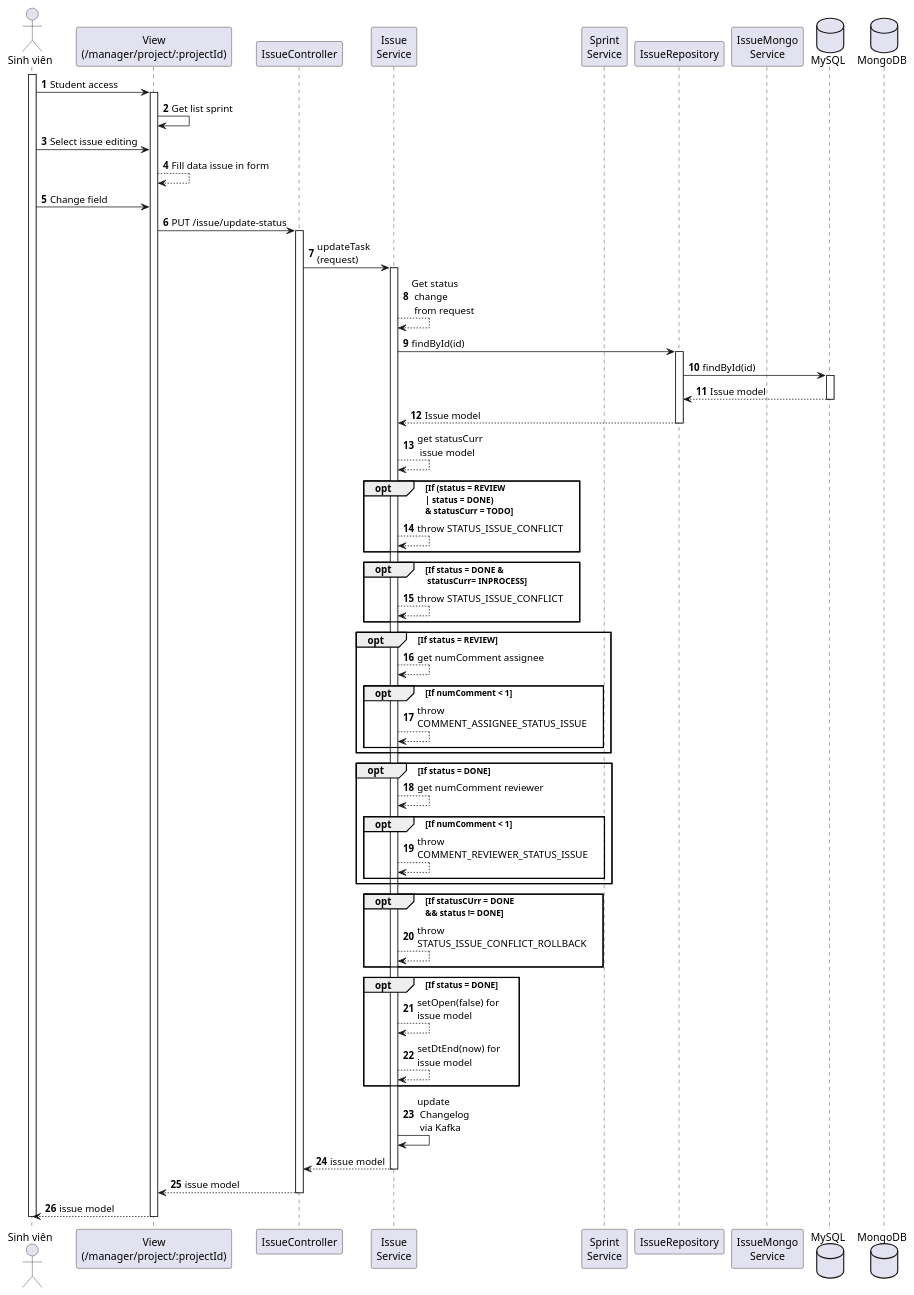
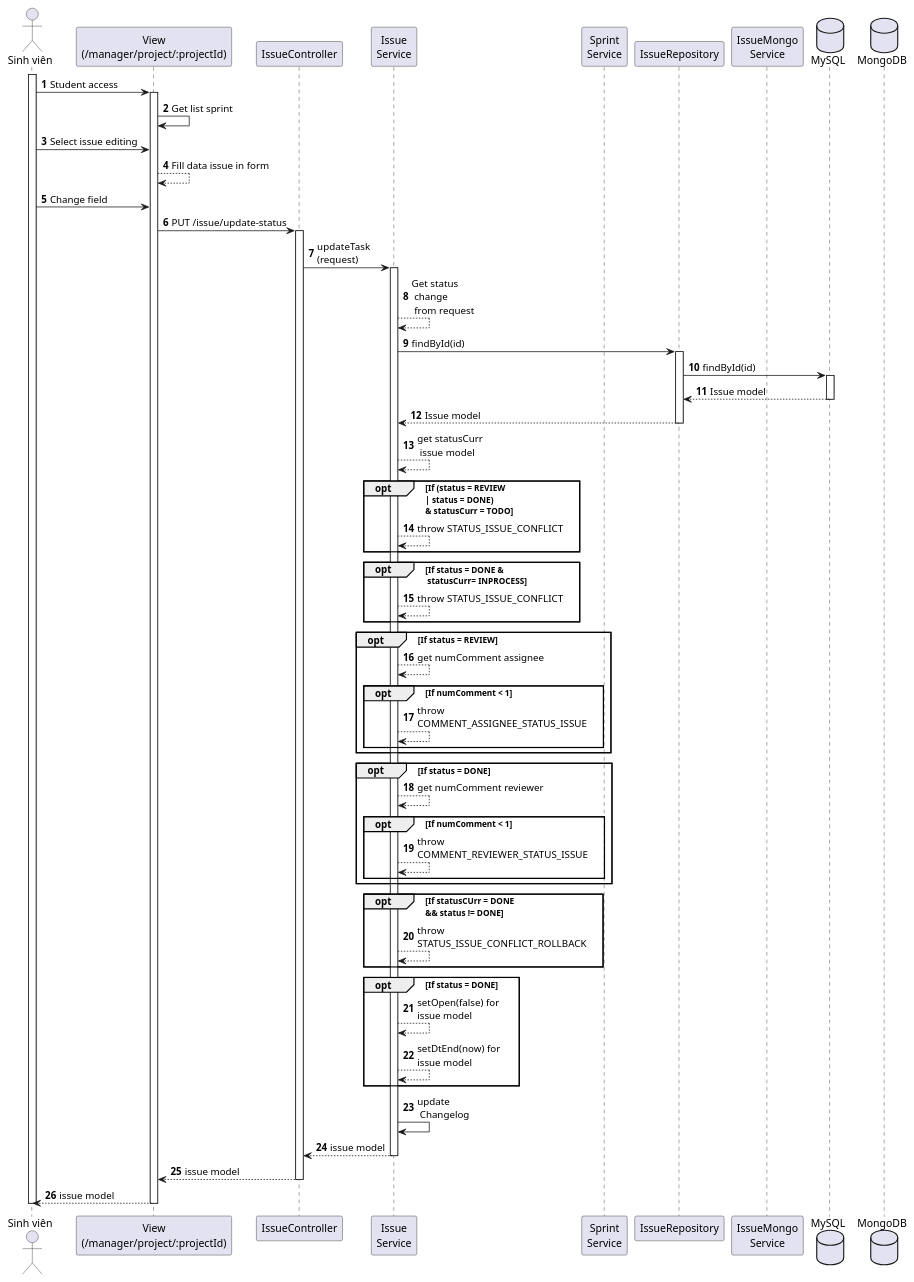
Before and after one commit to tandang2003/KLTN-Agile-Scrum-Tuan-Duc: the diagram in swagger/sequence/student/issue_update_status.puml, drawn with PlantUML. The commit also changed 9 other files, not shown here.

```diff
--- a/swagger/sequence/student/issue_update_status.puml
+++ b/swagger/sequence/student/issue_update_status.puml
@@ -1,81 +1,81 @@
 @startuml
 autonumber
 actor "Sinh viên" as SV
 participant "View\n(/manager/project/:projectId)" as View
 participant "IssueController" as Controller
 participant "Issue\nService" as Service
 participant "Sprint\nService" as SprintService
 participant "IssueRepository" as Repo
 participant "IssueMongo\nService" as IssueMongoService
 database "MySQL" as MySQL
 database "MongoDB" as MongoDB
 
 activate SV
 SV -> View : Student access
 activate View
 View -> View : Get list sprint
 
 SV -> View : Select issue editing
 View --> View: Fill data issue in form
 SV -> View: Change field
 
 View -> Controller : PUT /issue/update-status
 activate Controller
 Controller -> Service : updateTask\n(request)
 activate Service
 Service --> Service : Get status \n change \n from request
 Service -> Repo: findById(id)
 activate Repo
 Repo -> MySQL: findById(id)
 activate MySQL
 MySQL --> Repo: Issue model
 deactivate MySQL
 Repo --> Service: Issue model
 deactivate Repo
 
 Service --> Service: get statusCurr \n issue model
 
 opt If (status = REVIEW \n| status = DONE) \n& statusCurr = TODO
     Service --> Service: throw STATUS_ISSUE_CONFLICT
 end
 
 opt If status = DONE & \n statusCurr= INPROCESS
     Service --> Service: throw STATUS_ISSUE_CONFLICT
 end
 
 opt If status = REVIEW
     Service --> Service: get numComment assignee
     opt If numComment < 1
       Service --> Service: throw \nCOMMENT_ASSIGNEE_STATUS_ISSUE
     end
 end
 
 opt If status = DONE
     Service --> Service: get numComment reviewer
     opt If numComment < 1
       Service --> Service: throw \nCOMMENT_REVIEWER_STATUS_ISSUE
     end
 end
 
 opt If statusCUrr = DONE \n&& status != DONE
     Service --> Service: throw \nSTATUS_ISSUE_CONFLICT_ROLLBACK
 end
 
 
 opt If status = DONE
     Service --> Service: setOpen(false) for \nissue model
      Service --> Service: setDtEnd(now) for \nissue model
 end
 
-Service -> Service: update \n Changelog \n via Kafka
+Service -> Service: update \n Changelog
 
 Service --> Controller :  issue model
 deactivate Service
 
 Controller --> View :   issue model
 deactivate Controller
 
 View --> SV :  issue model
 deactivate View
 deactivate SV
 @enduml
```
